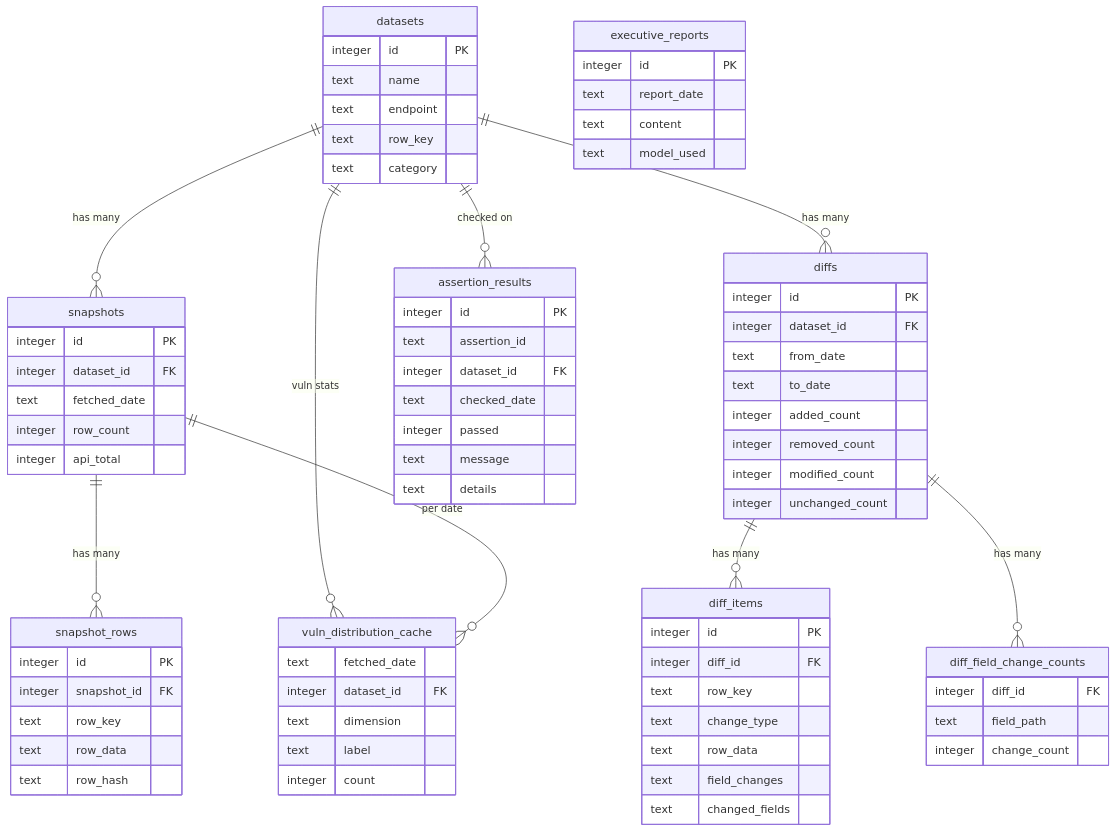
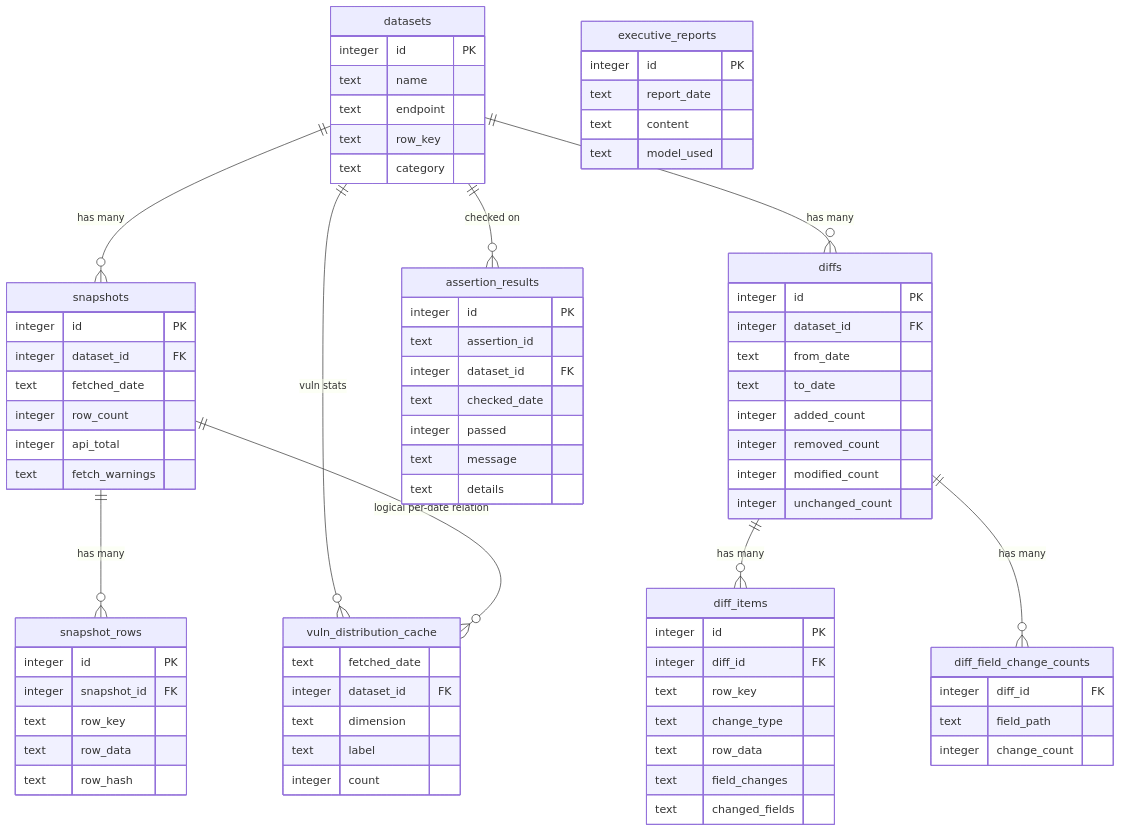
The diagram in docs/DATA_MODEL.md (kylezap/daydiff), drawn with Mermaid before and after one commit. The commit also changed other lines of this file and 4 other files, not shown here.

````diff
--- a/docs/DATA_MODEL.md
+++ b/docs/DATA_MODEL.md
@@ -30,6 +34,7 @@
     text    fetched_date
     integer row_count
     integer api_total
+    text    fetch_warnings
   }
 
   snapshot_rows {
@@ -102,5 +107,5 @@
   datasets ||--o{ assertion_results : "checked on"
 
   datasets ||--o{ vuln_distribution_cache : "vuln stats"
-  snapshots ||--o{ vuln_distribution_cache : "per date"
+  snapshots ||--o{ vuln_distribution_cache : "logical per-date relation"
 ```
````
